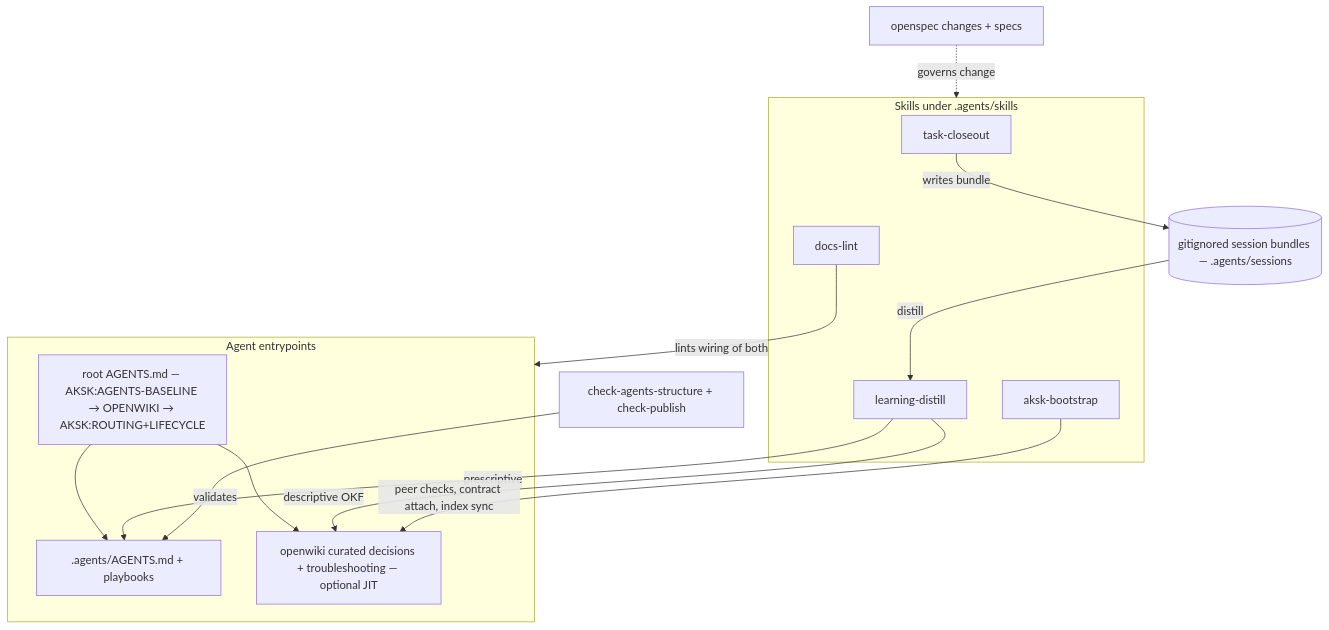
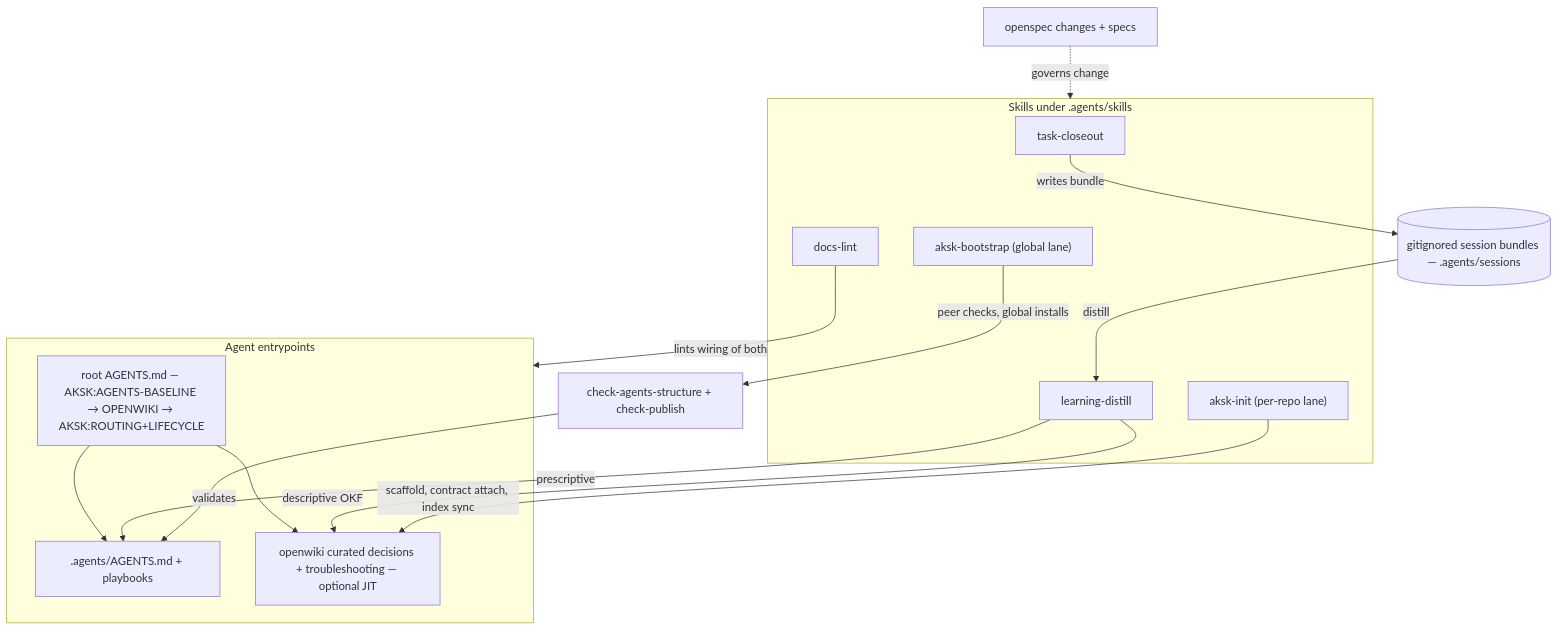
One commit to Hypercubed/Agent-Knowledge-Starter-Kit changed the first of 2 diagrams in openwiki/quickstart.md. Above: the diagram before and after it, drawn with Mermaid. The commit also changed other lines of this file and 80 other files, not shown here.

````diff
--- a/openwiki/quickstart.md
+++ b/openwiki/quickstart.md
@@ -79,28 +102,30 @@
 ```mermaid
 flowchart TD
     subgraph Entry["Agent entrypoints"]
         RA["root AGENTS.md — AKSK:AGENTS-BASELINE → OPENWIKI → AKSK:ROUTING+LIFECYCLE"]
         AG[".agents/AGENTS.md + playbooks"]
         DX["openwiki curated decisions + troubleshooting — optional JIT"]
     end
     subgraph SK["Skills under .agents/skills"]
         TC["task-closeout"]
         LD["learning-distill"]
         DL["docs-lint"]
-        AB["aksk-bootstrap"]
+        AB["aksk-bootstrap (global lane)"]
+        AI["aksk-init (per-repo lane)"]
     end
     SE[("gitignored session bundles — .agents/sessions")]
     OS["openspec changes + specs"]
     VAL["check-agents-structure + check-publish"]
 
     RA --> AG
     RA --> DX
     TC -->|"writes bundle"| SE
     SE -->|"distill"| LD
     LD -->|"prescriptive"| AG
     LD -->|"descriptive OKF"| DX
-    AB -->|"peer checks, contract attach, index sync"| DX
+    AB -->|"peer checks, global installs"| VAL
+    AI -->|"scaffold, contract attach, index sync"| DX
     DL -->|"lints wiring of both"| Entry
     OS -.->|"governs change"| SK
     VAL -->|"validates"| AG
 ```
````
